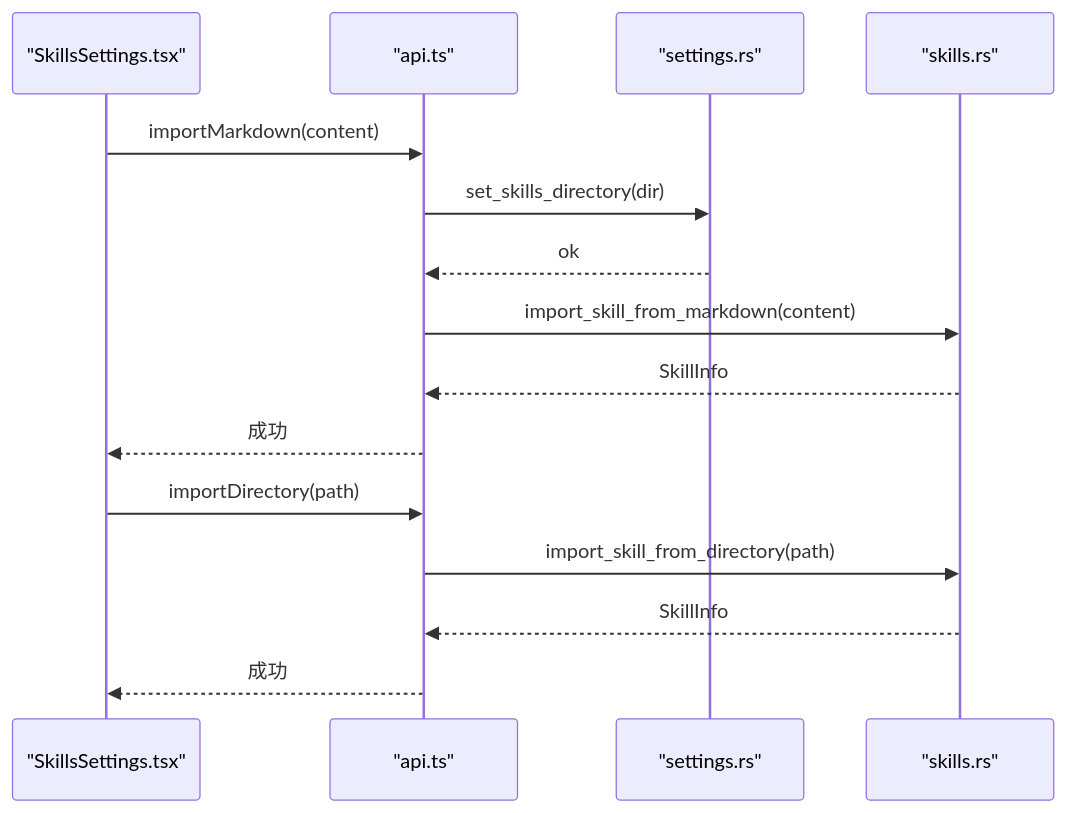
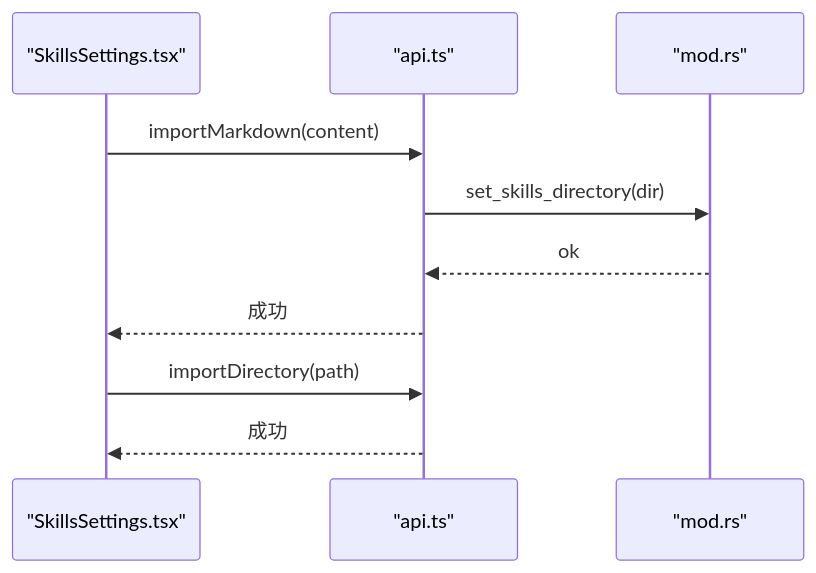
Before and after one commit to baike08/cosurf: the fourth of 6 diagrams in .qoder/repowiki/zh/content/设置和配置/工具设置.md, drawn with Mermaid. The commit also changed other lines of this file and 15 other files, not shown here.

````diff
--- a/.qoder/repowiki/zh/content/设置和配置/工具设置.md
+++ b/.qoder/repowiki/zh/content/设置和配置/工具设置.md
@@ -266,17 +227,12 @@
 ```mermaid
 sequenceDiagram
 participant UI as "SkillsSettings.tsx"
 participant API as "api.ts"
-participant DB as "settings.rs"
-participant SK as "skills.rs"
+participant DB as "mod.rs"
 UI->>API : importMarkdown(content)
 API->>DB : set_skills_directory(dir)
 DB-->>API : ok
-API->>SK : import_skill_from_markdown(content)
-SK-->>API : SkillInfo
 API-->>UI : 成功
 UI->>API : importDirectory(path)
-API->>SK : import_skill_from_directory(path)
-SK-->>API : SkillInfo
 API-->>UI : 成功
 ```
````
